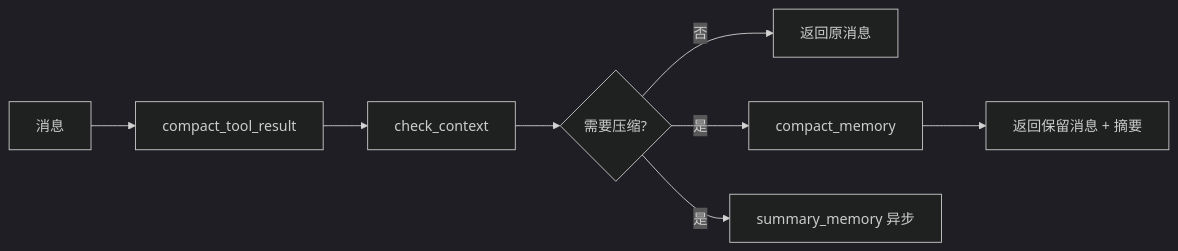
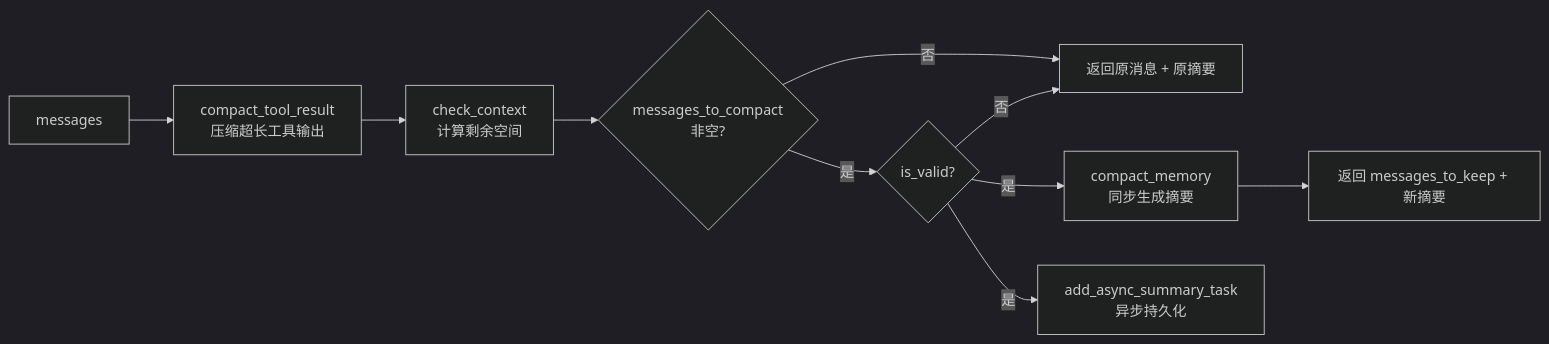
The eighth of 9 diagrams in README_ZH.md (agentscope-ai/ReMe), drawn with Mermaid (dark theme) before and after one commit. The commit also changed other lines of this file, not shown here.

Commit message:
docs(readme): update Chinese documentation with enhanced memory management diagrams

````diff
--- a/README_ZH.md
+++ b/README_ZH.md
@@ -313,10 +323,12 @@
 ```mermaid
 graph LR
-    M[消息] --> T[compact_tool_result]
-    T --> C[check_context]
-    C --> D{需要压缩?}
-    D -->|否| K[返回原消息]
-    D -->|是| CP[compact_memory]
-    D -->|是| SM[summary_memory 异步]
-    CP --> R[返回保留消息 + 摘要]
+    M[messages] --> TC[compact_tool_result<br>压缩超长工具输出]
+    TC --> CC[check_context<br>计算剩余空间]
+    CC --> D{messages_to_compact<br>非空?}
+    D -->|否| K[返回原消息 + 原摘要]
+    D -->|是| V{is_valid?}
+    V -->|否| K
+    V -->|是| CM[compact_memory<br>同步生成摘要]
+    V -->|是| SM[add_async_summary_task<br>异步持久化]
+    CM --> R[返回 messages_to_keep + 新摘要]
 ```
````
